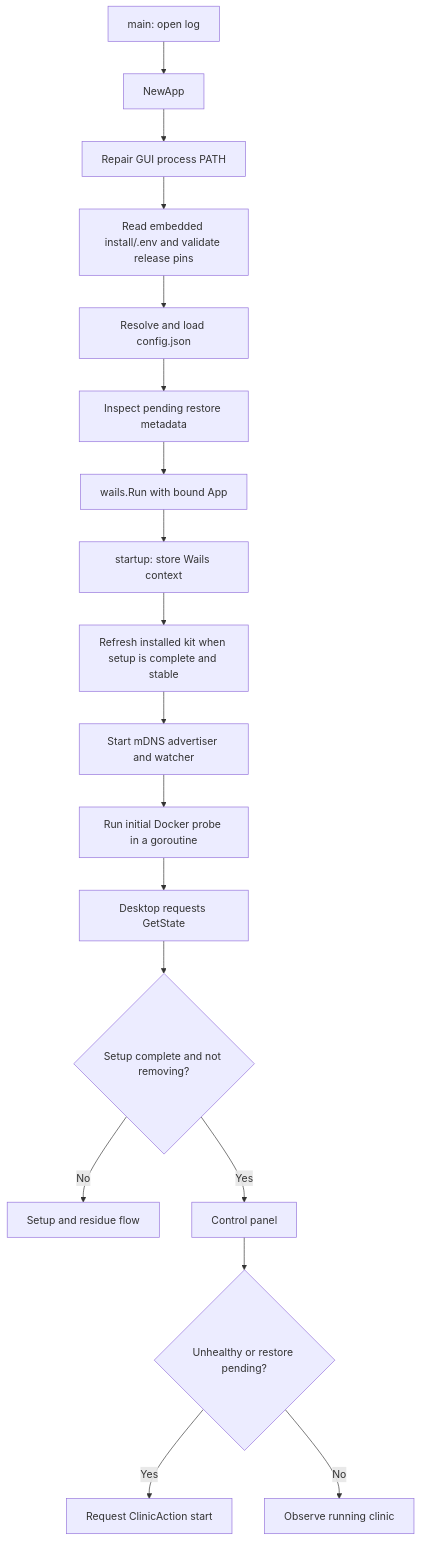
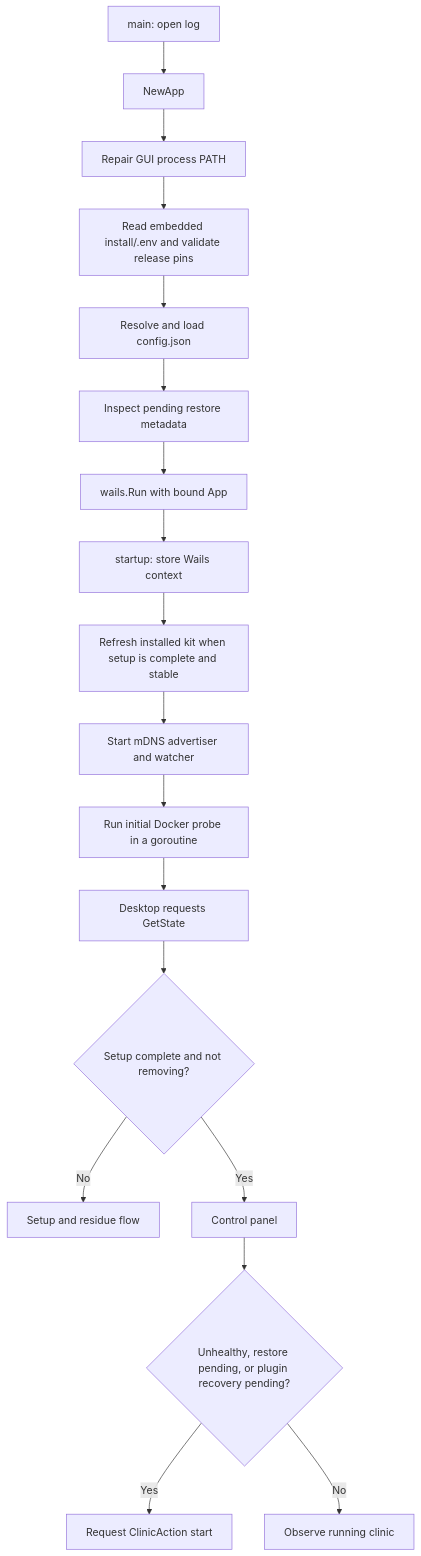
One commit to ohcnetwork/care_clinic changed the first of 2 diagrams in docs/wails-application.md. Above: the diagram before and after it, drawn with Mermaid. The commit also changed other lines of this file and 34 other files, not shown here.

````diff
--- a/docs/wails-application.md
+++ b/docs/wails-application.md
@@ -45,20 +45,20 @@
 ```mermaid
 flowchart TD
     Main["main: open log"] --> New["NewApp"]
     New --> Path["Repair GUI process PATH"]
     Path --> Pins["Read embedded install/.env and validate release pins"]
     Pins --> Config["Resolve and load config.json"]
     Config --> Journal["Inspect pending restore metadata"]
     Journal --> Wails["wails.Run with bound App"]
     Wails --> Startup["startup: store Wails context"]
     Startup --> Refresh["Refresh installed kit when setup is complete and stable"]
     Refresh --> Advertise["Start mDNS advertiser and watcher"]
     Advertise --> Probe["Run initial Docker probe in a goroutine"]
     Probe --> UI["Desktop requests GetState"]
     UI --> First{"Setup complete and not removing?"}
     First -->|No| Wizard["Setup and residue flow"]
     First -->|Yes| Panel["Control panel"]
-    Panel --> Start{"Unhealthy or restore pending?"}
+    Panel --> Start{"Unhealthy, restore pending, or plugin recovery pending?"}
     Start -->|Yes| Run["Request ClinicAction start"]
     Start -->|No| Observe["Observe running clinic"]
 ```
````
